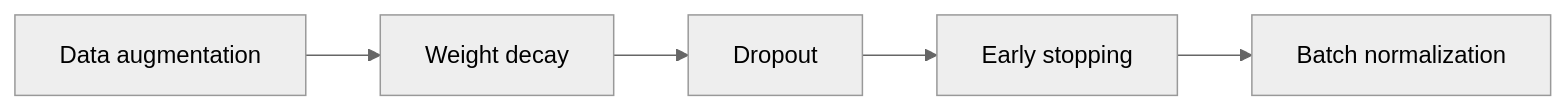
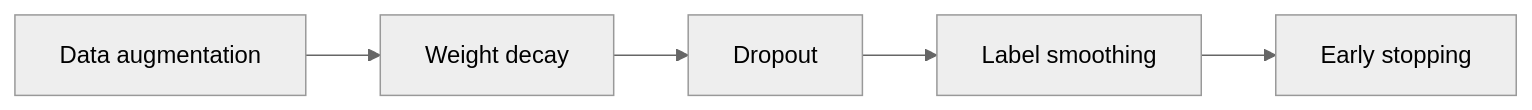
The diagram in curriculum/week-04-image-classification-end-to-end/lecture-notes/02-metrics-and-regularization.md (CODECRUNCHWORLDWIDE/C56-CRUNCH-VISION), drawn with Mermaid (neutral theme) before and after one commit. The commit also changed other lines of this file and 254 other files, not shown here.

Commit message:
docs: add diagrams + sync content from curriculum source

````diff
--- a/curriculum/week-04-image-classification-end-to-end/lecture-notes/02-metrics-and-regularization.md
+++ b/curriculum/week-04-image-classification-end-to-end/lecture-notes/02-metrics-and-regularization.md
@@ -25,7 +72,7 @@
 ```mermaid
 flowchart LR
   A["Data augmentation"] --> B["Weight decay"]
   B --> C["Dropout"]
-  C --> D["Early stopping"]
-  D --> E["Batch normalization"]
+  C --> D["Label smoothing"]
+  D --> E["Early stopping"]
 ```
````
